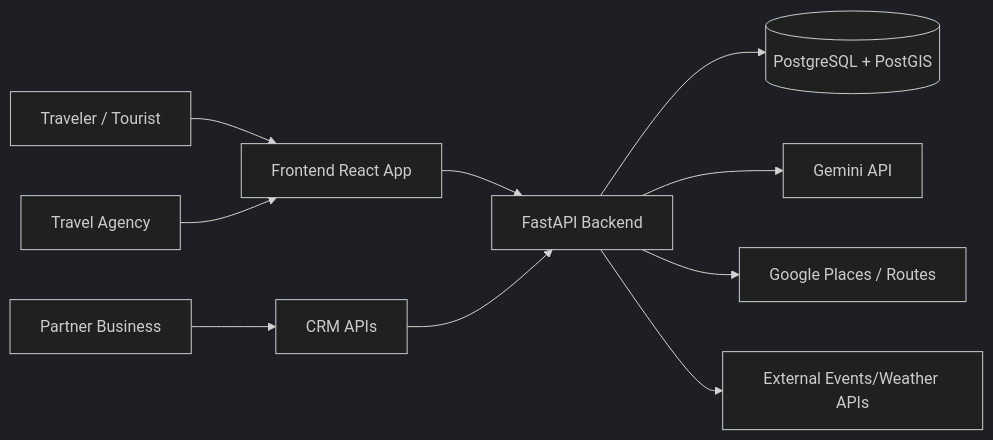
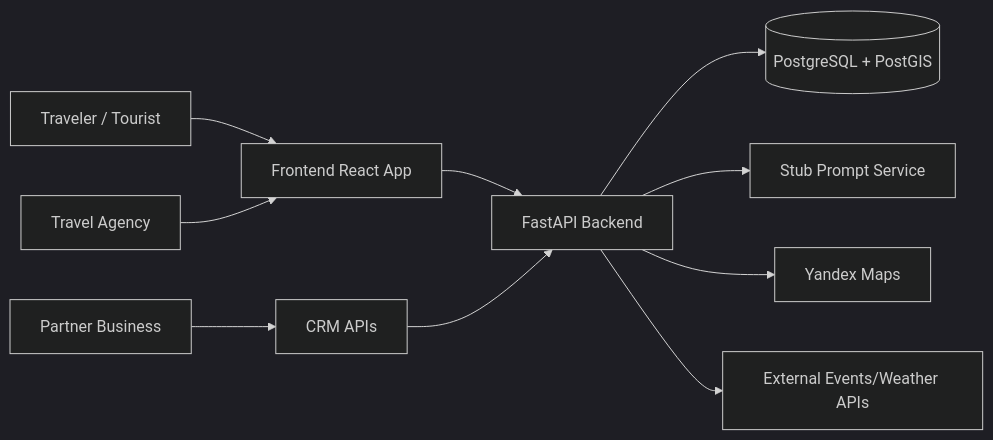
The first of 5 diagrams in docs/architecture/uml-text.md (ArtiomVlasov/trip-planner), drawn with Mermaid (dark theme) before and after one commit. The commit also changed other lines of this file and 33 other files, not shown here.

````diff
--- a/docs/architecture/uml-text.md
+++ b/docs/architecture/uml-text.md
@@ -7,14 +7,14 @@
 ```mermaid
 flowchart LR
     U[Traveler / Tourist] --> FE[Frontend React App]
     A[Travel Agency] --> FE
     B[Partner Business] --> CRM[CRM APIs]
 
     FE --> BE[FastAPI Backend]
     CRM --> BE
 
     BE --> DB[(PostgreSQL + PostGIS)]
-    BE --> AI[Gemini API]
-    BE --> MAPS[Google Places / Routes]
+    BE --> AI[Stub Prompt Service]
+    BE --> MAPS[Yandex Maps]
     BE --> EVT[External Events/Weather APIs]
 ```
````
